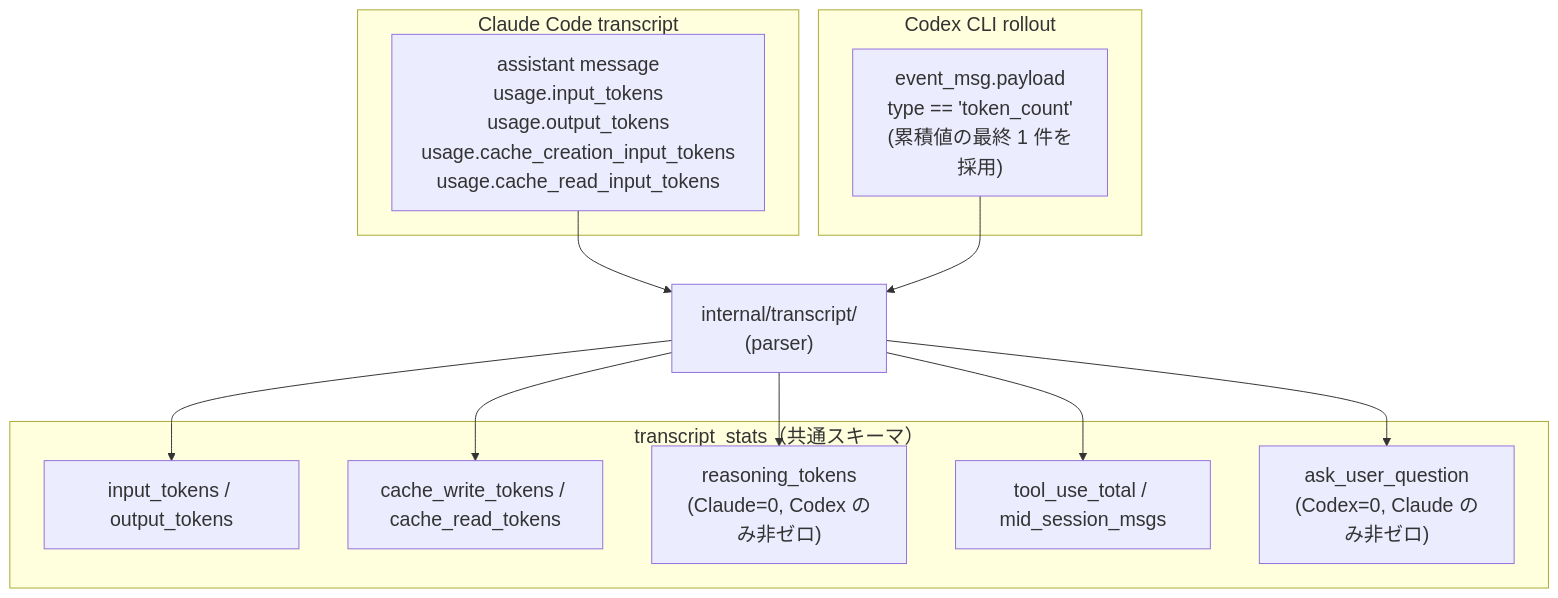
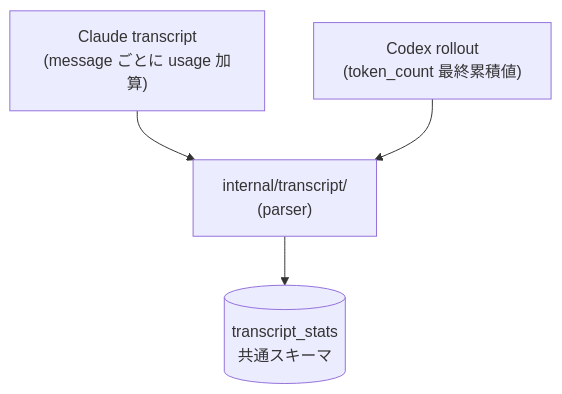
Before and after one commit to ishii1648/hitl-metrics: the first of 2 diagrams in site/content/explain/aggregation/index.md, drawn with Mermaid. The commit also changed other lines of this file, not shown here.

Commit message:
docs(site): simplify aggregation diagrams so natural width fits the container
intent(mermaid-rendering): user pointed out that fighting CSS to force the SVG to container width was the wrong approach — the diagrams looked small because mermaid was scaling them DOWN to fit (natural width >> container, so 20px text rendered as ~12px on screen)
decision(diagram-restructure): drop the 5 stats-column nodes from the transcript-parse diagram and collapse the 5 filter diamonds in the pr_metrics diagram into one AND-filter node; both diagrams now have natural width well inside the container, so no scaling and text stays at the intrinsic mermaid font size
rejected(per-block-fontSize-20): %%{init: themeVariables.fontSize: 20px}%% on these blocks — the bigger font enlarged natural width proportionally, so the final on-screen text size was unchanged (text size on screen = init_fontSize × (container / natural))
constraint(content-redundancy): the columns and filter predicates were already documented in the table and bullet list below the diagrams, so removing them from the figure does not lose information — readers get the SAME detail one screen-scroll down

````diff
--- a/site/content/explain/aggregation/index.md
+++ b/site/content/explain/aggregation/index.md
@@ -14,29 +14,11 @@
 ```mermaid
-%%{init: {'themeVariables': {'fontSize': '20px'}}}%%
 flowchart TB
-    subgraph claude["Claude Code transcript"]
-        CM["assistant message<br/>usage.input_tokens<br/>usage.output_tokens<br/>usage.cache_creation_input_tokens<br/>usage.cache_read_input_tokens"]
-    end
+    CC["Claude transcript<br/>(message ごとに usage 加算)"]
+    CX["Codex rollout<br/>(token_count 最終累積値)"]
+    P["internal/transcript/<br/>(parser)"]
+    T[("transcript_stats<br/>共通スキーマ")]
 
-    subgraph codex["Codex CLI rollout"]
-        CXE["event_msg.payload<br/>type == 'token_count'<br/>(累積値の最終 1 件を採用)"]
-    end
-
-    P["internal/transcript/<br/>(parser)"]
-
-    subgraph stats["transcript_stats（共通スキーマ）"]
-        T1["input_tokens / output_tokens"]
-        T2["cache_write_tokens / cache_read_tokens"]
-        T3["reasoning_tokens<br/>(Claude=0, Codex のみ非ゼロ)"]
-        T4["tool_use_total / mid_session_msgs"]
-        T5["ask_user_question<br/>(Codex=0, Claude のみ非ゼロ)"]
-    end
-
-    CM --> P
-    CXE --> P
-    P --> T1
-    P --> T2
-    P --> T3
-    P --> T4
-    P --> T5
+    CC --> P
+    CX --> P
+    P --> T
 ```
````
